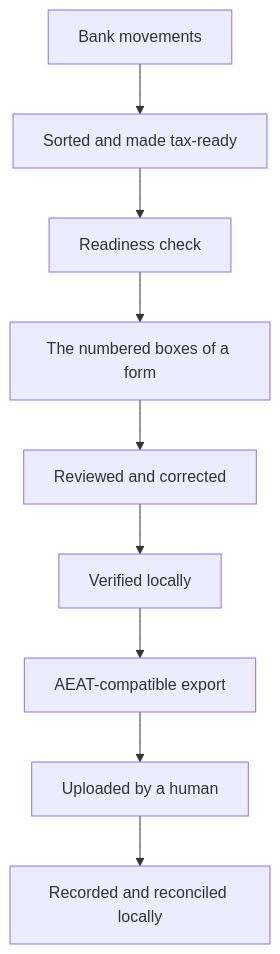
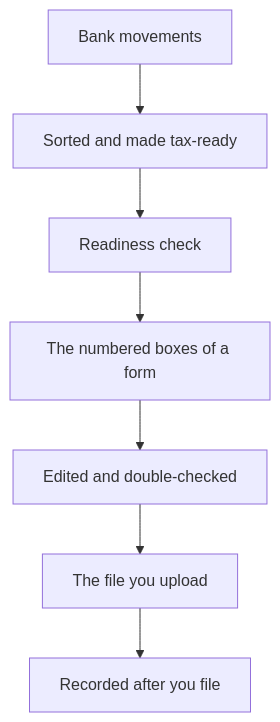
One commit to nevenincs/cadrumo changed the diagram in docs/explanation/index.md. Above: the diagram before and after it, drawn with Mermaid. The commit also changed other lines of this file and 97 other files, not shown here.

First line of the commit message:
feat(docs-cli-sequences): sync main and golden store tier

````diff
--- a/docs/explanation/index.md
+++ b/docs/explanation/index.md
@@ -34,11 +19,9 @@
 ```mermaid
 graph TD
     A["Bank movements"] --> B["Sorted and made tax-ready"]
     B --> C["Readiness check"]
     C --> D["The numbered boxes of a form"]
-    D --> E["Reviewed and corrected"]
-    E --> F["Verified locally"]
-    F --> G["AEAT-compatible export"]
-    G --> H["Uploaded by a human"]
-    H --> I["Recorded and reconciled locally"]
+    D --> E["Edited and double-checked"]
+    E --> F["The file you upload"]
+    F --> G["Recorded after you file"]
 ```
````
